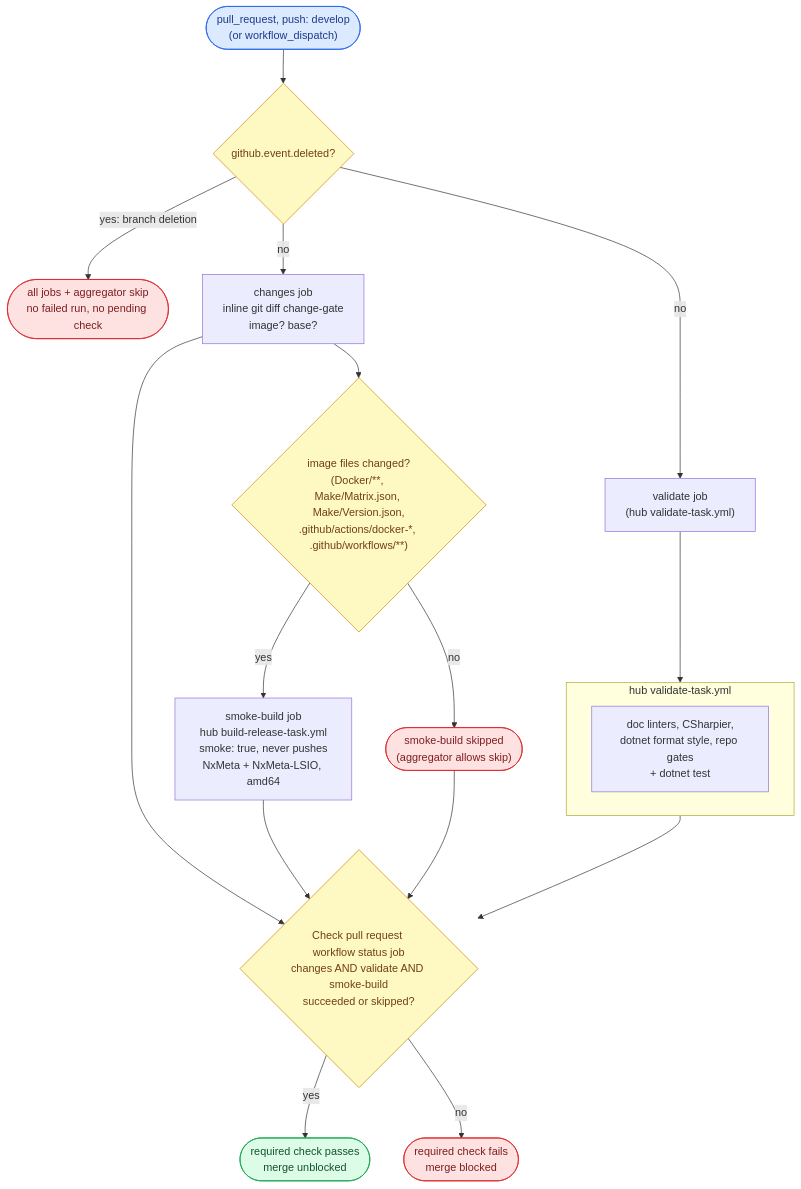
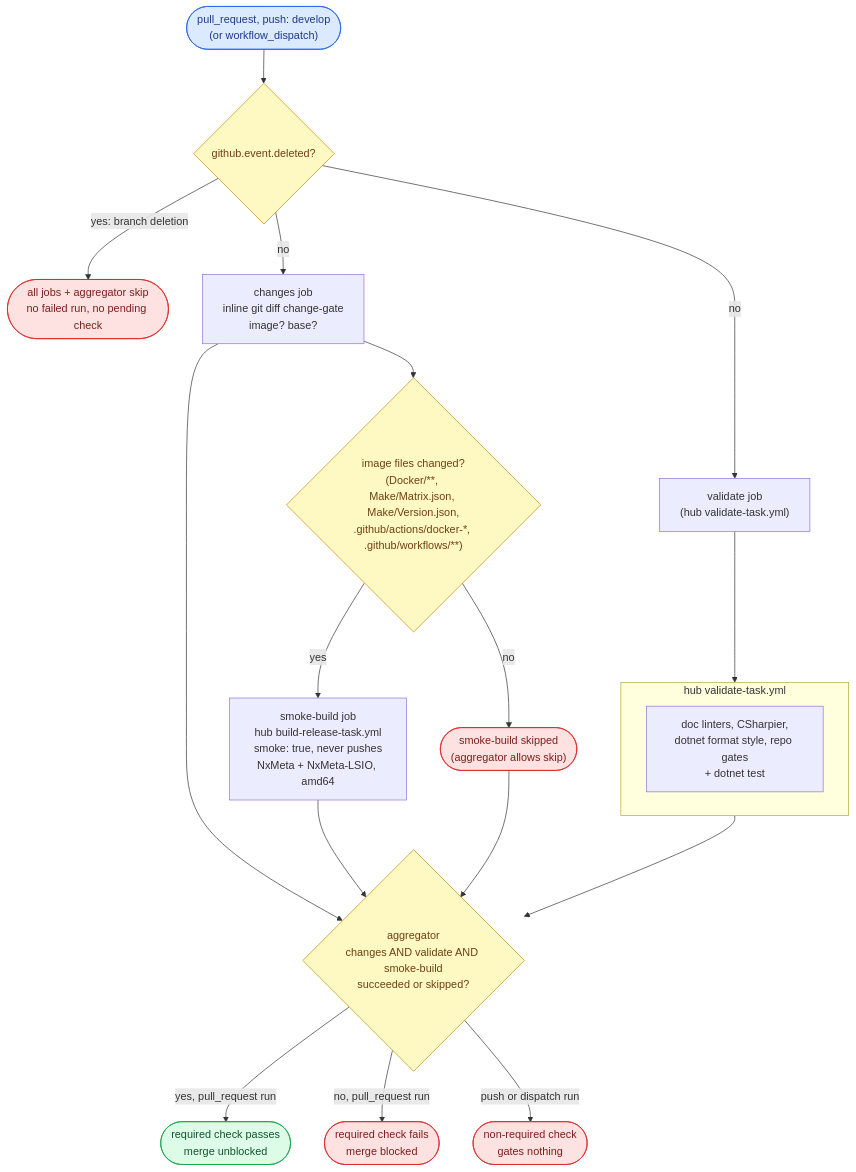
Before and after one commit to ptr727/NxWitness: the first of 4 diagrams in WORKFLOW.md, drawn with Mermaid. The commit also changed other lines of this file, not shown here.

First line of the commit message:
Describe the Pull-Request CI Trigger Throughout WORKFLOW.md

````diff
--- a/WORKFLOW.md
+++ b/WORKFLOW.md
@@ -247,26 +248,27 @@
 ```mermaid
 flowchart TD
     T(["pull_request, push: develop<br/>(or workflow_dispatch)"]):::trig
     T --> D{"github.event.deleted?"}:::gate
     D -- "yes: branch deletion" --> X(["all jobs + aggregator skip<br/>no failed run, no pending check"]):::stop
     D -- "no" --> CH["changes job<br/>inline git diff change-gate<br/>image? base?"]
     D -- "no" --> V["validate job<br/>(hub validate-task.yml)"]
     subgraph VT ["hub validate-task.yml"]
         VU["doc linters, CSharpier,<br/>dotnet format style, repo gates<br/>+ dotnet test"]
     end
     V --> VT
     CH --> SG{"image files changed?<br/>(Docker/**, Make/Matrix.json, Make/Version.json,<br/>.github/actions/docker-*, .github/workflows/**)"}:::gate
     SG -- "no" --> SS(["smoke-build skipped<br/>(aggregator allows skip)"]):::stop
     SG -- "yes" --> S["smoke-build job<br/>hub build-release-task.yml<br/>smoke: true, never pushes<br/>NxMeta + NxMeta-LSIO, amd64"]
     CH --> A
     VT --> A
     S --> A
     SS --> A
-    A{"Check pull request workflow status job<br/>changes AND validate AND smoke-build<br/>succeeded or skipped?"}:::gate
-    A -- "yes" --> G(["required check passes<br/>merge unblocked"]):::pub
-    A -- "no" --> R(["required check fails<br/>merge blocked"]):::stop
+    A{"aggregator<br/>changes AND validate AND smoke-build<br/>succeeded or skipped?"}:::gate
+    A -- "yes, pull_request run" --> G(["required check passes<br/>merge unblocked"]):::pub
+    A -- "no, pull_request run" --> R(["required check fails<br/>merge blocked"]):::stop
+    A -- "push or dispatch run" --> N(["non-required check<br/>gates nothing"]):::stop
     classDef trig fill:#dbeafe,stroke:#2563eb,color:#1e3a8a
     classDef gate fill:#fef9c3,stroke:#ca8a04,color:#713f12
     classDef pub fill:#dcfce7,stroke:#16a34a,color:#14532d
     classDef stop fill:#fee2e2,stroke:#dc2626,color:#7f1d1d
 ```
````
